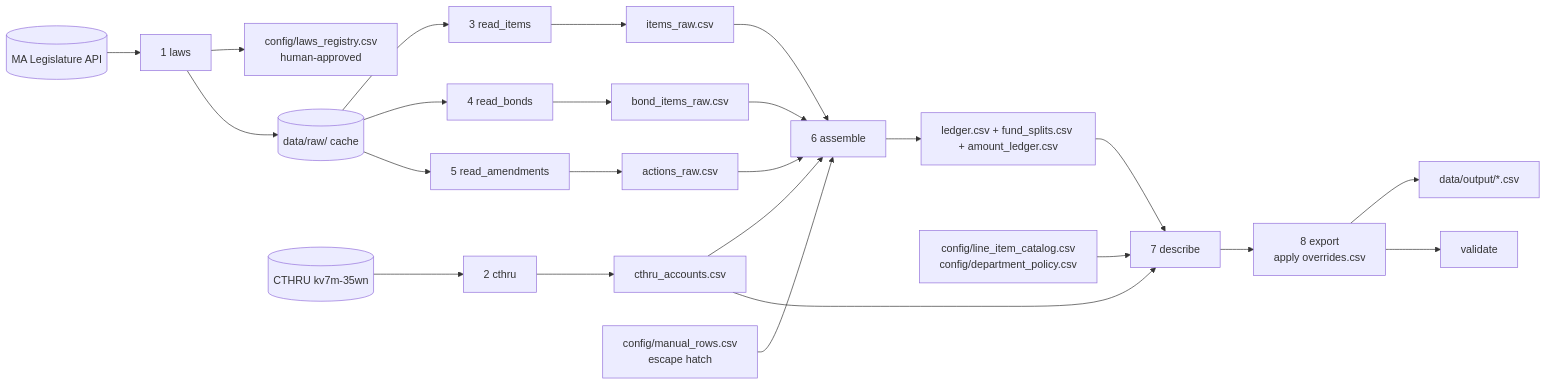
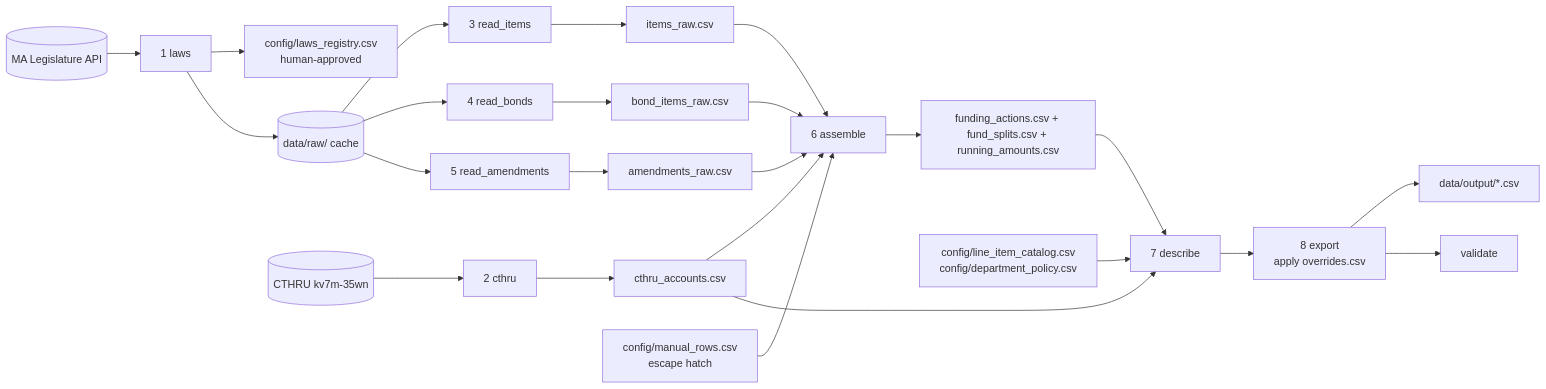
One commit to EmmaWisniewski/capstone-fall26 changed the diagram in docs/DESIGN.md. Above: the diagram before and after it, drawn with Mermaid. The commit also changed other lines of this file and 8 other files, not shown here.

Commit message:
Rename ledger -> funding_actions, amount_ledger -> running_amounts, actions_raw -> amendments_raw

````diff
--- a/docs/DESIGN.md
+++ b/docs/DESIGN.md
@@ -272,26 +272,26 @@
 ```mermaid
 flowchart LR
   API[(MA Legislature API)] --> L[1 laws]
   L --> REG[config/laws_registry.csv<br/>human-approved]
   L --> RAW[(data/raw/ cache)]
   CT[(CTHRU kv7m-35wn)] --> C[2 cthru]
   C --> CA[cthru_accounts.csv]
   RAW --> I[3 read_items]
   RAW --> B[4 read_bonds]
   RAW --> A[5 read_amendments]
   I --> IR[items_raw.csv]
   B --> BR[bond_items_raw.csv]
-  A --> AR[actions_raw.csv]
+  A --> AR[amendments_raw.csv]
   CA --> AS[6 assemble]
   IR --> AS
   BR --> AS
   AR --> AS
   MAN[config/manual_rows.csv<br/>escape hatch] --> AS
-  AS --> LED[ledger.csv + fund_splits.csv + amount_ledger.csv]
+  AS --> LED[funding_actions.csv + fund_splits.csv + running_amounts.csv]
   LED --> D[7 describe]
   CAT[config/line_item_catalog.csv<br/>config/department_policy.csv] --> D
   CA --> D
   D --> X[8 export<br/>apply overrides.csv]
   X --> OUT[data/output/*.csv]
   X --> V[validate]
 ```
````
